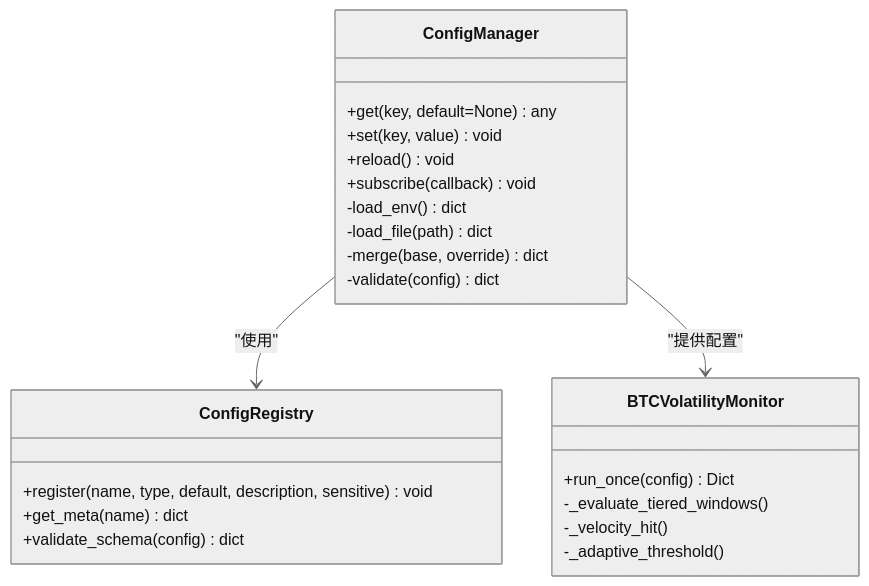
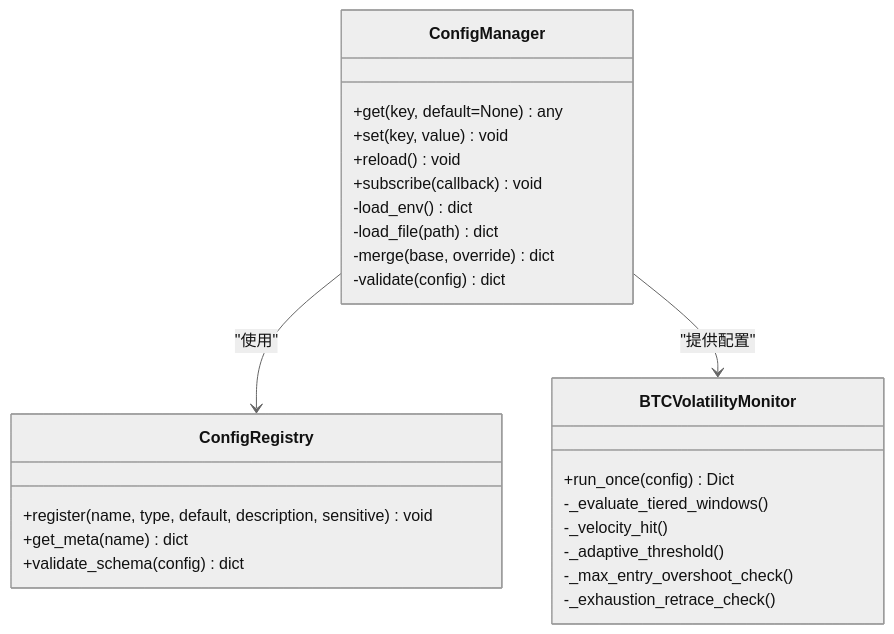
One commit to anYaoooo/daily_stock_analysis changed the third of 5 diagrams in .qoder/repowiki/zh/content/配置管理.md. Above: the diagram before and after it, drawn with Mermaid (neutral theme). The commit also changed other lines of this file and 29 other files, not shown here.

````diff
--- a/.qoder/repowiki/zh/content/配置管理.md
+++ b/.qoder/repowiki/zh/content/配置管理.md
@@ -206,26 +205,28 @@
 ```mermaid
 classDiagram
 class ConfigManager {
 +get(key, default=None) any
 +set(key, value) void
 +reload() void
 +subscribe(callback) void
 -load_env() dict
 -load_file(path) dict
 -merge(base, override) dict
 -validate(config) dict
 }
 class ConfigRegistry {
 +register(name, type, default, description, sensitive) void
 +get_meta(name) dict
 +validate_schema(config) dict
 }
 class BTCVolatilityMonitor {
 +run_once(config) Dict
 -_evaluate_tiered_windows()
 -_velocity_hit()
 -_adaptive_threshold()
+-_max_entry_overshoot_check()
+-_exhaustion_retrace_check()
 }
 ConfigManager --> ConfigRegistry : "使用"
 ConfigManager --> BTCVolatilityMonitor : "提供配置"
 ```
````
